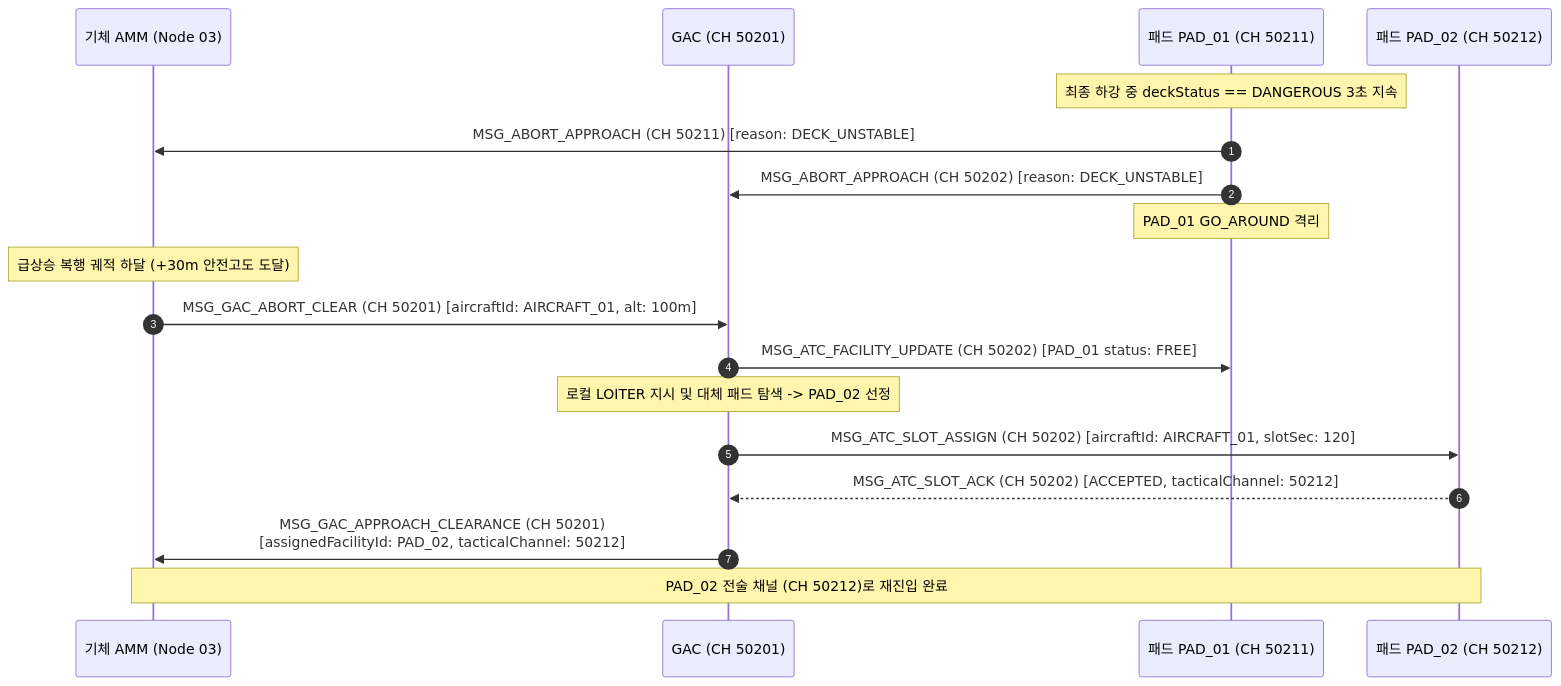
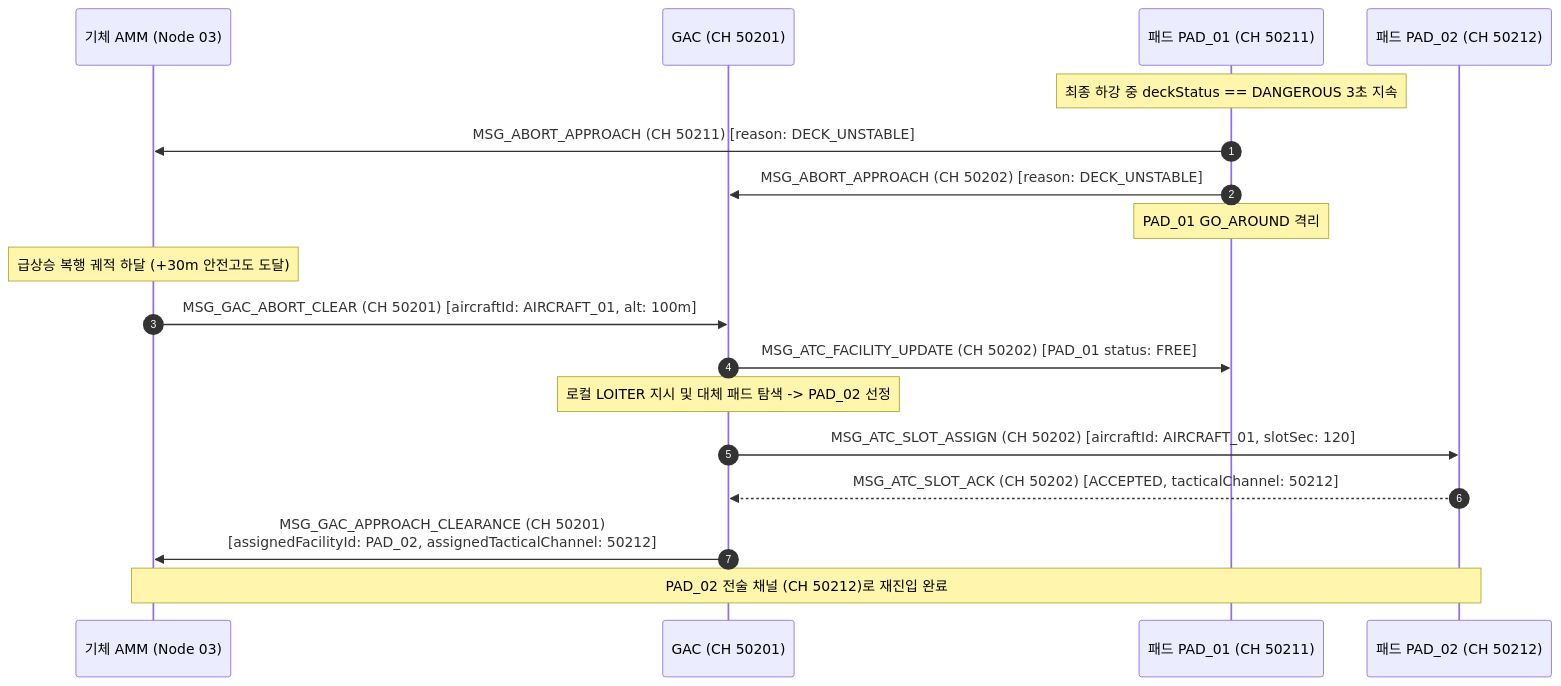
The fourth of 5 diagrams in docs/specs/0_infra/gac/GAC_PROGRAM_SPECIFICATION_AND_ICD.md (Polimachi/Aeroneutics_Autopilot), drawn with Mermaid before and after one commit. The commit also changed other lines of this file and 12 other files, not shown here.

````diff
--- a/docs/specs/0_infra/gac/GAC_PROGRAM_SPECIFICATION_AND_ICD.md
+++ b/docs/specs/0_infra/gac/GAC_PROGRAM_SPECIFICATION_AND_ICD.md
@@ -587,22 +587,22 @@
 ```mermaid
 sequenceDiagram
     autonumber
     participant U as 기체 AMM (Node 03)
     participant G as GAC (CH 50201)
     participant P1 as 패드 PAD_01 (CH 50211)
     participant P2 as 패드 PAD_02 (CH 50212)
 
     Note over P1: 최종 하강 중 deckStatus == DANGEROUS 3초 지속
     P1->>U: MSG_ABORT_APPROACH (CH 50211) [reason: DECK_UNSTABLE]
     P1->>G: MSG_ABORT_APPROACH (CH 50202) [reason: DECK_UNSTABLE]
     Note over P1: PAD_01 GO_AROUND 격리
 
     Note over U: 급상승 복행 궤적 하달 (+30m 안전고도 도달)
     U->>G: MSG_GAC_ABORT_CLEAR (CH 50201) [aircraftId: AIRCRAFT_01, alt: 100m]
     G->>P1: MSG_ATC_FACILITY_UPDATE (CH 50202) [PAD_01 status: FREE]
     Note over G: 로컬 LOITER 지시 및 대체 패드 탐색 -> PAD_02 선정
     G->>P2: MSG_ATC_SLOT_ASSIGN (CH 50202) [aircraftId: AIRCRAFT_01, slotSec: 120]
     P2-->>G: MSG_ATC_SLOT_ACK (CH 50202) [ACCEPTED, tacticalChannel: 50212]
-    G->>U: MSG_GAC_APPROACH_CLEARANCE (CH 50201)<br/>[assignedFacilityId: PAD_02, tacticalChannel: 50212]
+    G->>U: MSG_GAC_APPROACH_CLEARANCE (CH 50201)<br/>[assignedFacilityId: PAD_02, assignedTacticalChannel: 50212]
     Note over U,P2: PAD_02 전술 채널 (CH 50212)로 재진입 완료
 ```
````
